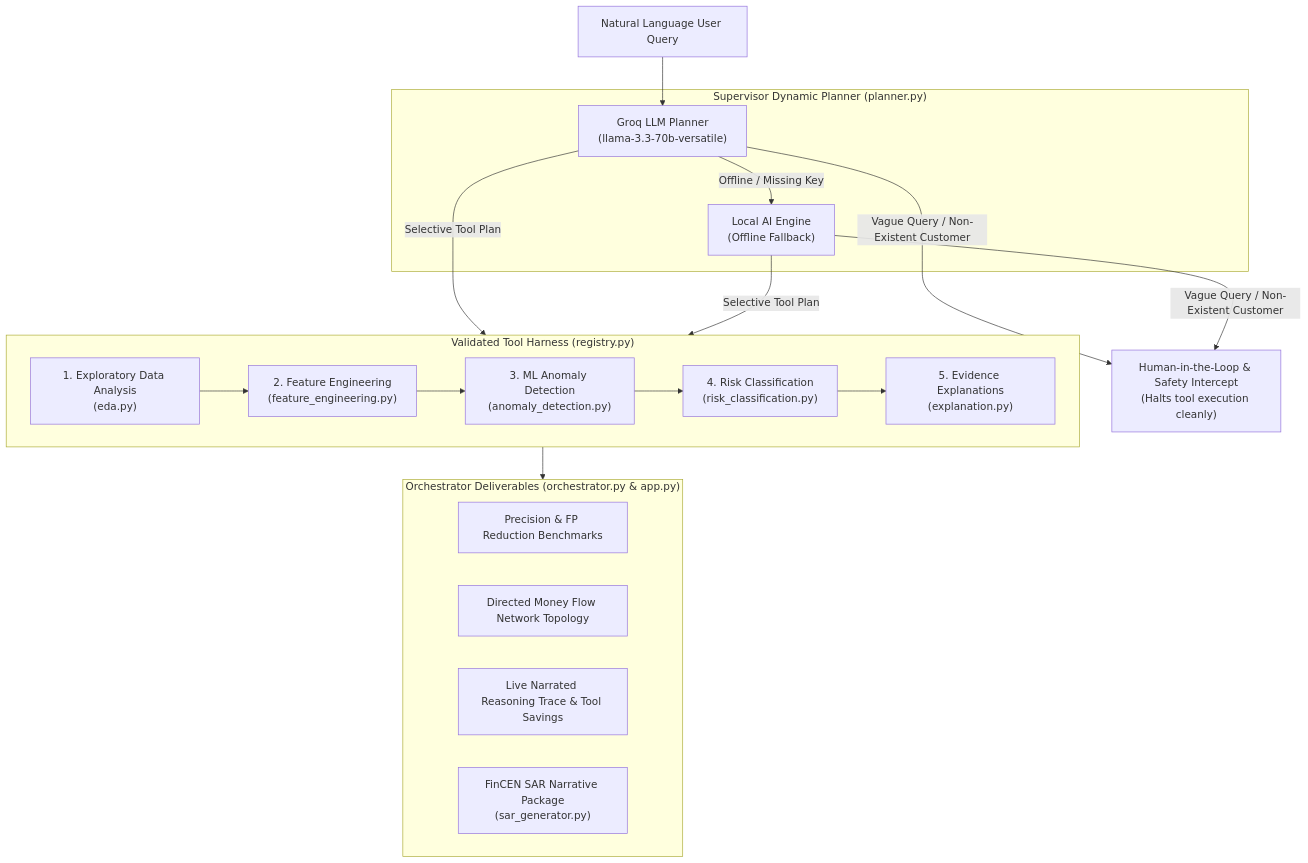
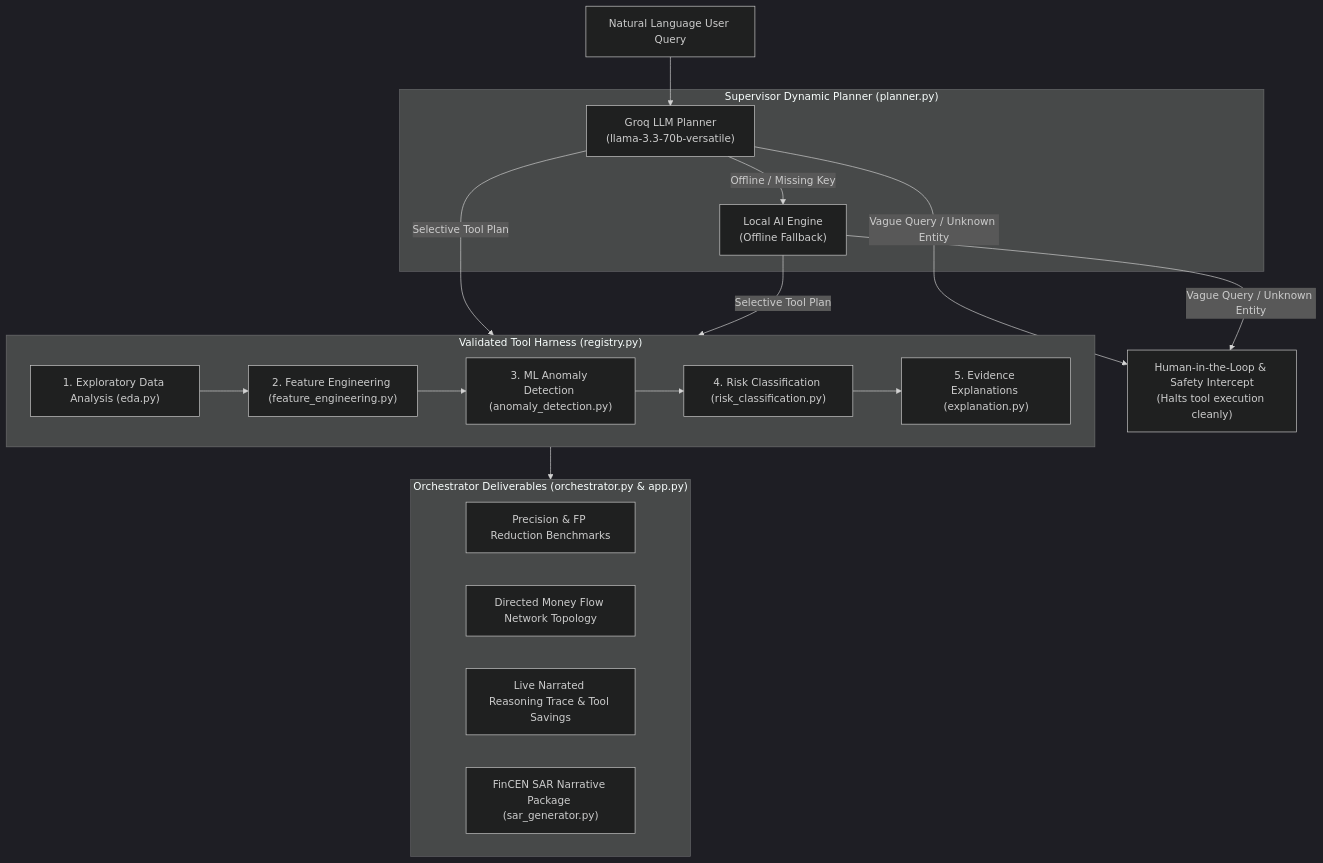
The diagram in README.md (Arvind007m/aml-suspicious-activity-agent), drawn with Mermaid before and after one commit. The commit also changed other lines of this file, not shown here.

Commit message:
Update architecture diagram

````diff
--- a/README.md
+++ b/README.md
@@ -35,42 +35,43 @@
 ```mermaid
+%%{init: {'theme': 'dark', 'flowchart': {'curve': 'ortho'}}}%%
 graph TD
     UserQuery["Natural Language User Query"]
     
     subgraph Planner ["Supervisor Dynamic Planner (planner.py)"]
         GroqLLM["Groq LLM Planner<br/>(llama-3.3-70b-versatile)"]
         LocalAI["Local AI Engine<br/>(Offline Fallback)"]
     end
     
     EarlyExit["Human-in-the-Loop & Safety Intercept<br/>(Halts tool execution cleanly)"]
     
     subgraph ToolPipeline ["Validated Tool Harness (registry.py)"]
-        EDA["1. Exploratory Data Analysis<br/>(eda.py)"]
-        FE["2. Feature Engineering<br/>(feature_engineering.py)"]
-        Anomaly["3. ML Anomaly Detection<br/>(anomaly_detection.py)"]
-        Risk["4. Risk Classification<br/>(risk_classification.py)"]
-        Explain["5. Evidence Explanations<br/>(explanation.py)"]
+        EDA["1. Exploratory Data Analysis (eda.py)"]
+        FE["2. Feature Engineering (feature_engineering.py)"]
+        Anomaly["3. ML Anomaly Detection (anomaly_detection.py)"]
+        Risk["4. Risk Classification (risk_classification.py)"]
+        Explain["5. Evidence Explanations (explanation.py)"]
     end
     
     subgraph Deliverables ["Orchestrator Deliverables (orchestrator.py & app.py)"]
         Metrics["Precision & FP Reduction Benchmarks"]
         GraphViz["Directed Money Flow Network Topology"]
         Trace["Live Narrated Reasoning Trace & Tool Savings"]
-        SAR["FinCEN SAR Narrative Package<br/>(sar_generator.py)"]
+        SAR["FinCEN SAR Narrative Package (sar_generator.py)"]
     end
 
     UserQuery --> GroqLLM
     GroqLLM -->|"Offline / Missing Key"| LocalAI
     
-    GroqLLM -->|"Vague Query / Non-Existent Customer"| EarlyExit
-    LocalAI -->|"Vague Query / Non-Existent Customer"| EarlyExit
+    GroqLLM -->|"Vague Query / Unknown Entity"| EarlyExit
+    LocalAI -->|"Vague Query / Unknown Entity"| EarlyExit
     
     GroqLLM -->|"Selective Tool Plan"| ToolPipeline
     LocalAI -->|"Selective Tool Plan"| ToolPipeline
     
     EDA --> FE
     FE --> Anomaly
     Anomaly --> Risk
     Risk --> Explain
     
     ToolPipeline --> Deliverables
 ```
````
